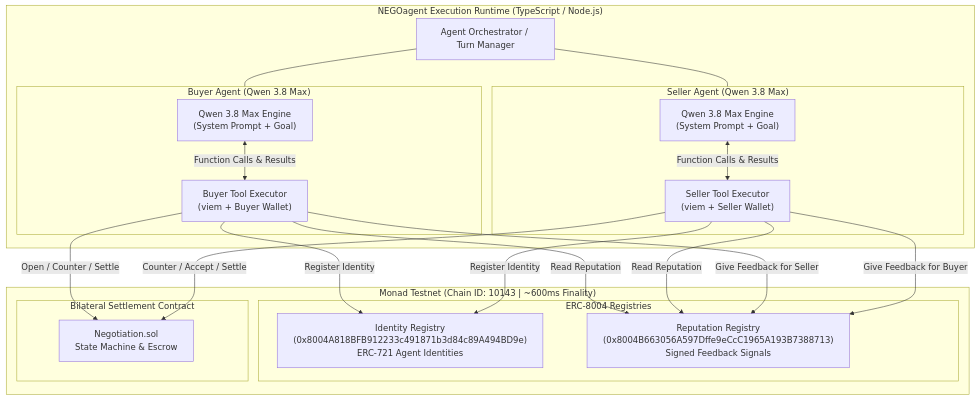
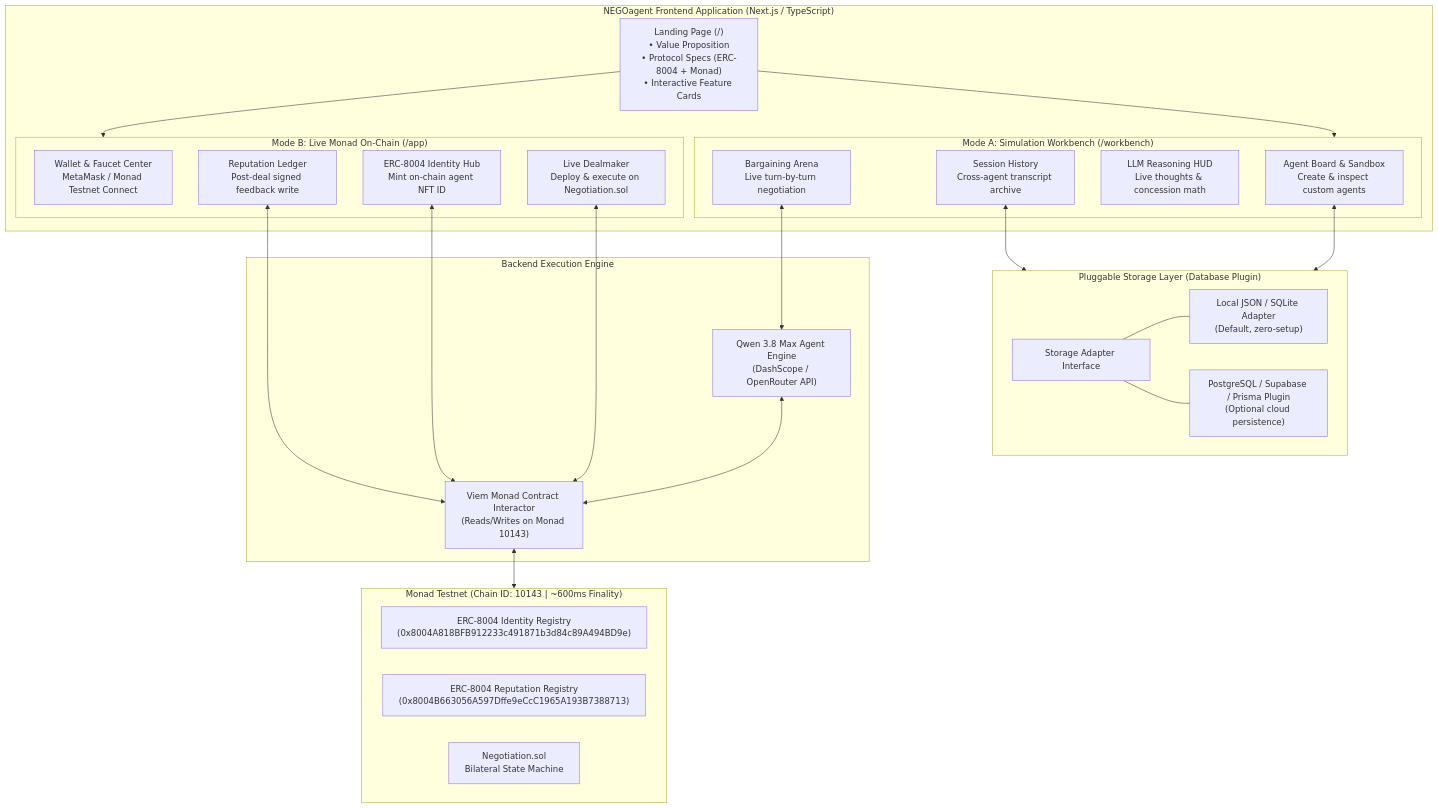
Before and after one commit to Hamza1610/negoagent: the first of 4 diagrams in docs/ARCHITECTURE.md, drawn with Mermaid. The commit also changed other lines of this file and 36 other files, not shown here.

Commit message:
feat: complete NEGOagent Web UI, Simulation Workbench, and pluggable storage

````diff
--- a/docs/ARCHITECTURE.md
+++ b/docs/ARCHITECTURE.md
@@ -24,40 +31,50 @@
 ```mermaid
 graph TD
-    subgraph Host["NEGOagent Execution Runtime (TypeScript / Node.js)"]
-        subgraph BuyerAgent["Buyer Agent (Qwen 3.8 Max)"]
-            B_LLM["Qwen 3.8 Max Engine<br/>(System Prompt + Goal)"]
-            B_Tools["Buyer Tool Executor<br/>(viem + Buyer Wallet)"]
-            B_LLM <-->|Function Calls & Results| B_Tools
+    subgraph UI["NEGOagent Frontend Application (Next.js / TypeScript)"]
+        Landing["Landing Page (/)<br/>• Value Proposition<br/>• Protocol Specs (ERC-8004 + Monad)<br/>• Interactive Feature Cards"]
+        
+        subgraph Mode1["Mode A: Simulation Workbench (/workbench)"]
+            SimBoard["Agent Board & Sandbox<br/>Create & inspect custom agents"]
+            SimArena["Bargaining Arena<br/>Live turn-by-turn negotiation"]
+            SimThought["LLM Reasoning HUD<br/>Live thoughts & concession math"]
+            SimHistory["Session History<br/>Cross-agent transcript archive"]
         end
 
-        subgraph SellerAgent["Seller Agent (Qwen 3.8 Max)"]
-            S_LLM["Qwen 3.8 Max Engine<br/>(System Prompt + Goal)"]
-            S_Tools["Seller Tool Executor<br/>(viem + Seller Wallet)"]
-            S_LLM <-->|Function Calls & Results| S_Tools
+        subgraph Mode2["Mode B: Live Monad On-Chain (/app)"]
+            WalletCard["Wallet & Faucet Center<br/>MetaMask / Monad Testnet Connect"]
+            IdMint["ERC-8004 Identity Hub<br/>Mint on-chain agent NFT ID"]
+            LiveNeg["Live Dealmaker<br/>Deploy & execute on Negotiation.sol"]
+            RepWrite["Reputation Ledger<br/>Post-deal signed feedback write"]
         end
+    end
 
-        Orchestrator["Agent Orchestrator / Turn Manager"]
-        Orchestrator --- BuyerAgent
-        Orchestrator --- SellerAgent
+    subgraph Storage["Pluggable Storage Layer (Database Plugin)"]
+        PluginRouter["Storage Adapter Interface"]
+        LocalAdapter["Local JSON / SQLite Adapter<br/>(Default, zero-setup)"]
+        CloudAdapter["PostgreSQL / Supabase / Prisma Plugin<br/>(Optional cloud persistence)"]
+        PluginRouter --- LocalAdapter
+        PluginRouter --- CloudAdapter
+    end
+
+    subgraph BackendRuntime["Backend Execution Engine"]
+        QwenRunner["Qwen 3.8 Max Agent Engine<br/>(DashScope / OpenRouter API)"]
+        ViemRelay["Viem Monad Contract Interactor<br/>(Reads/Writes on Monad 10143)"]
     end
 
     subgraph Monad["Monad Testnet (Chain ID: 10143 | ~600ms Finality)"]
-        subgraph ERC8004["ERC-8004 Registries"]
-            ID_REG["Identity Registry<br/>(0x8004A818BFB912233c491871b3d84c89A494BD9e)<br/>ERC-721 Agent Identities"]
-            REP_REG["Reputation Registry<br/>(0x8004B663056A597Dffe9eCcC1965A193B7388713)<br/>Signed Feedback Signals"]
-        end
-
-        subgraph CoreContract["Bilateral Settlement Contract"]
-            NEG_CONTRACT["Negotiation.sol<br/>State Machine & Escrow"]
-        end
+        ID_REG["ERC-8004 Identity Registry<br/>(0x8004A818BFB912233c491871b3d84c89A494BD9e)"]
+        REP_REG["ERC-8004 Reputation Registry<br/>(0x8004B663056A597Dffe9eCcC1965A193B7388713)"]
+        NEG_CONTRACT["Negotiation.sol<br/>Bilateral State Machine"]
     end
 
-    B_Tools -->|Register Identity| ID_REG
-    S_Tools -->|Register Identity| ID_REG
-    B_Tools -->|Read Reputation| REP_REG
-    S_Tools -->|Read Reputation| REP_REG
-    B_Tools -->|Open / Counter / Settle| NEG_CONTRACT
-    S_Tools -->|Counter / Accept / Settle| NEG_CONTRACT
-    B_Tools -->|Give Feedback for Seller| REP_REG
-    S_Tools -->|Give Feedback for Buyer| REP_REG
+    Landing --> Mode1
+    Landing --> Mode2
+    SimBoard <--> Storage
+    SimHistory <--> Storage
+    SimArena <--> QwenRunner
+    QwenRunner <--> ViemRelay
+    LiveNeg <--> ViemRelay
+    IdMint <--> ViemRelay
+    RepWrite <--> ViemRelay
+    ViemRelay <--> Monad
 ```
````
